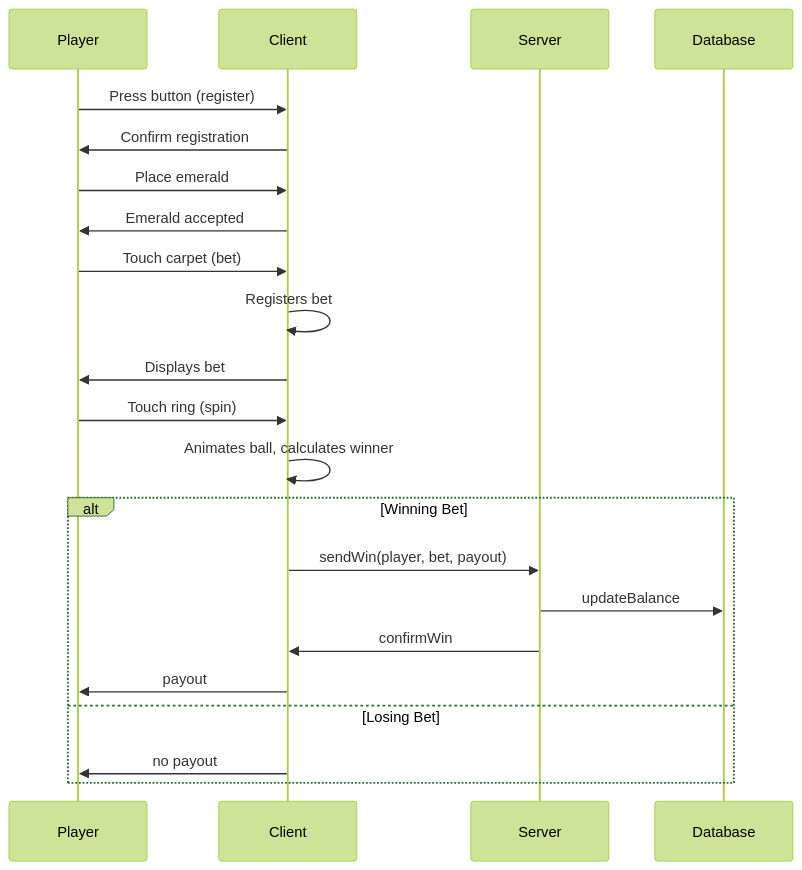
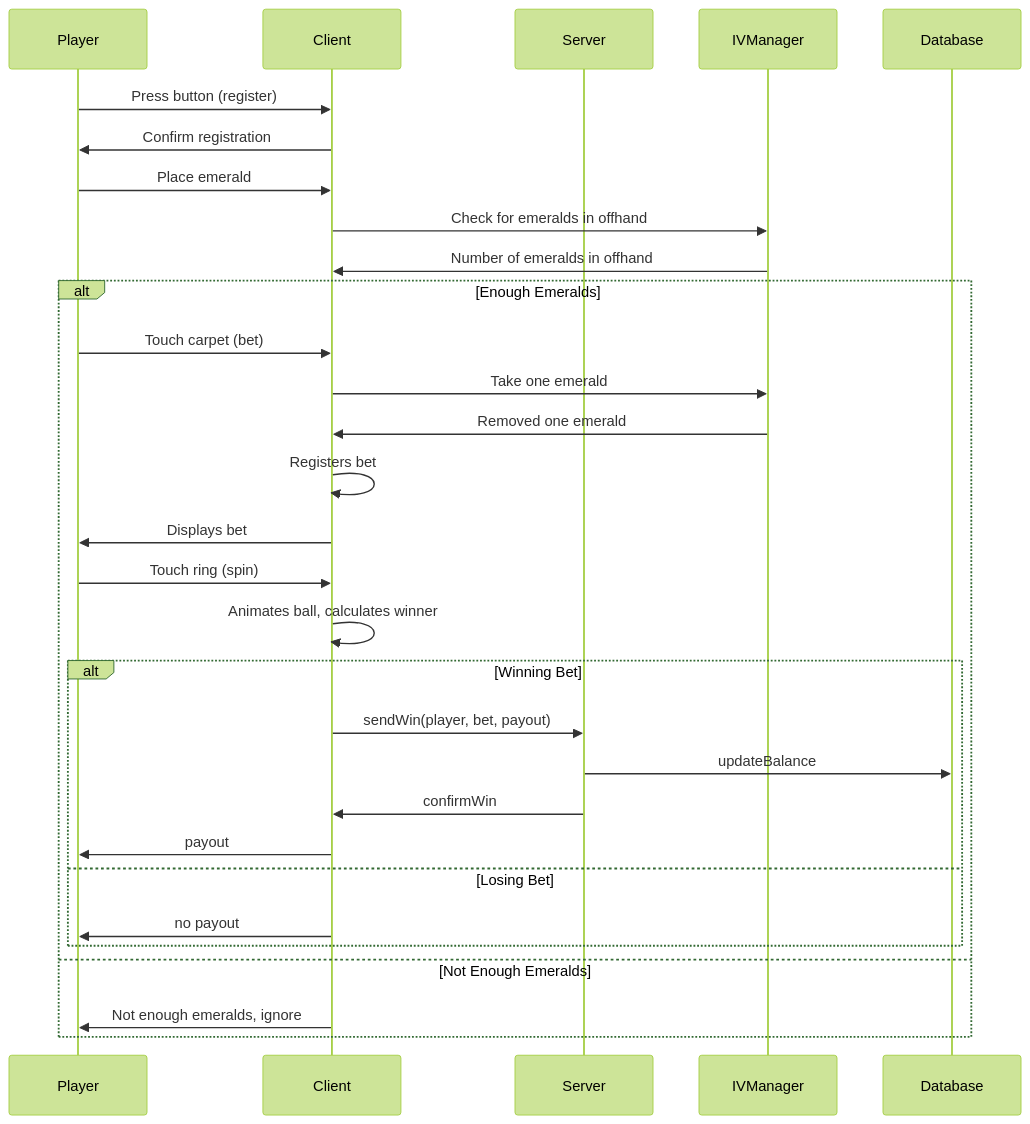
The second of 4 diagrams in README.md (cliftontoaster-reid/cc-roulette), drawn with Mermaid (forest theme) before and after one commit. The commit also changed other lines of this file, not shown here.

Commit message:
Update README.md to include Inventory Manager component and enhance betting sequence with emerald checks

````diff
--- a/README.md
+++ b/README.md
@@ -74,26 +85,34 @@
 ```mermaid
 sequenceDiagram
     participant Player
     participant Client
     participant Server
+    participant IVManager
     participant Database
 
     Player->>Client: Press button (register)
     Client->>Player: Confirm registration
     Player->>Client: Place emerald
-    Client->>Player: Emerald accepted
-    Player->>Client: Touch carpet (bet)
-    Client->>Client: Registers bet
-    Client->>Player: Displays bet
-    Player->>Client: Touch ring (spin)
-    Client->>Client: Animates ball, calculates winner
+    Client->>IVManager: Check for emeralds in offhand
+    IVManager->>Client: Number of emeralds in offhand
+    alt Enough Emeralds
+        Player->>Client: Touch carpet (bet)
+        Client->>IVManager: Take one emerald
+        IVManager->>Client: Removed one emerald
+        Client->>Client: Registers bet
+        Client->>Player: Displays bet
+        Player->>Client: Touch ring (spin)
+        Client->>Client: Animates ball, calculates winner
 
-    alt Winning Bet
-        Client->>Server: sendWin(player, bet, payout)
-        Server->>Database: updateBalance
-        Server->>Client: confirmWin
-        Client->>Player: payout
-    else Losing Bet
-        Client->>Player: no payout
+        alt Winning Bet
+            Client->>Server: sendWin(player, bet, payout)
+            Server->>Database: updateBalance
+            Server->>Client: confirmWin
+            Client->>Player: payout
+        else Losing Bet
+            Client->>Player: no payout
+        end
+    else Not Enough Emeralds
+        Client ->> Player: Not enough emeralds, ignore
     end
 ```
````
